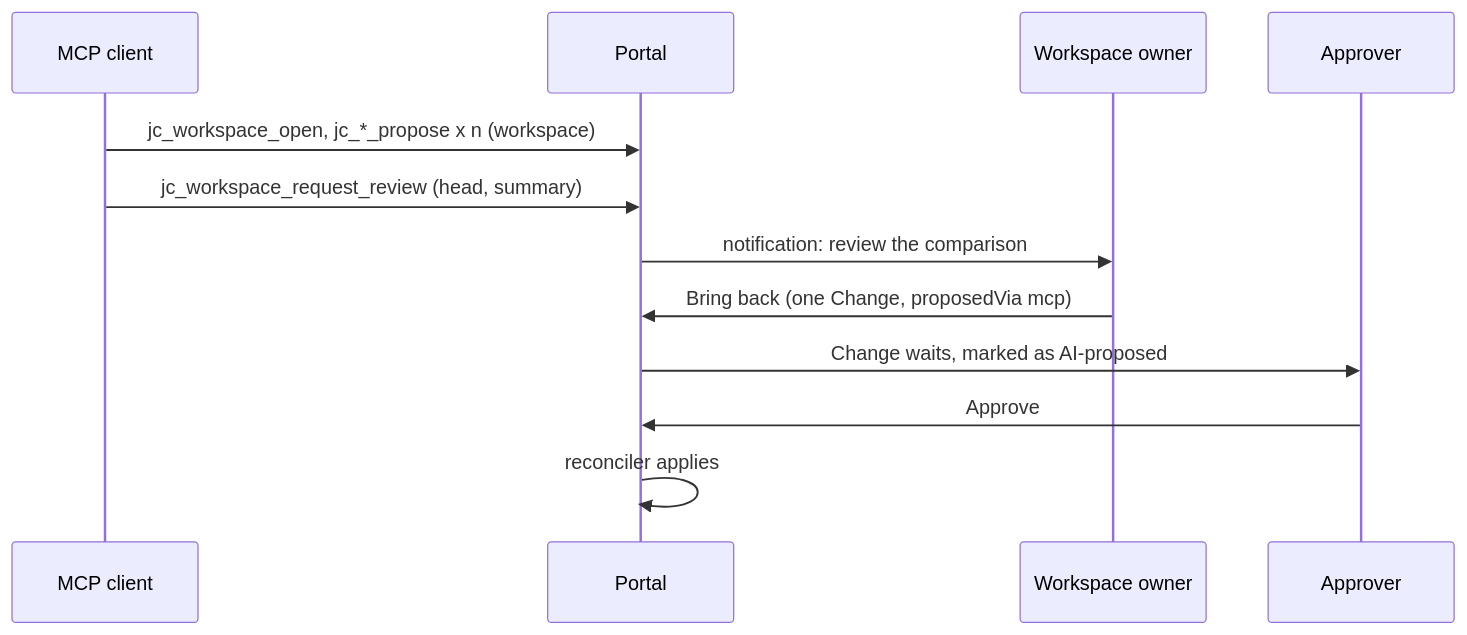
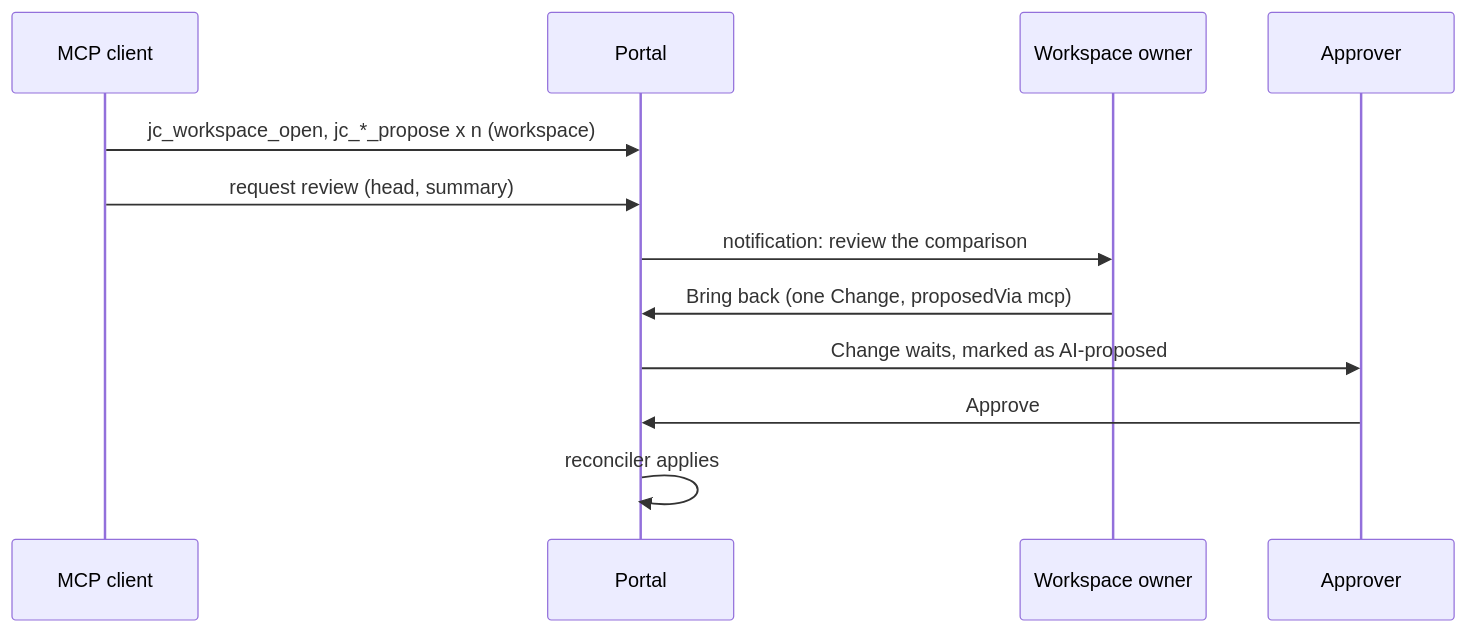
Before and after one commit to marek-mraz-jc/joinedcontext-docs: the second of 2 diagrams in Architecture/07-agents-and-mcp.md, drawn with Mermaid. The commit also changed other lines of this file and 4 other files, not shown here.

````diff
--- a/Architecture/07-agents-and-mcp.md
+++ b/Architecture/07-agents-and-mcp.md
@@ -477,14 +477,14 @@
 ```mermaid
 sequenceDiagram
     participant C as MCP client
     participant P as Portal
     participant O as Workspace owner
     participant A as Approver
     C->>P: jc_workspace_open, jc_*_propose x n (workspace)
-    C->>P: jc_workspace_request_review (head, summary)
+    C->>P: request review (head, summary)
     P->>O: notification: review the comparison
     O->>P: Bring back (one Change, proposedVia mcp)
     P->>A: Change waits, marked as AI-proposed
     A->>P: Approve
     P->>P: reconciler applies
 ```
````
